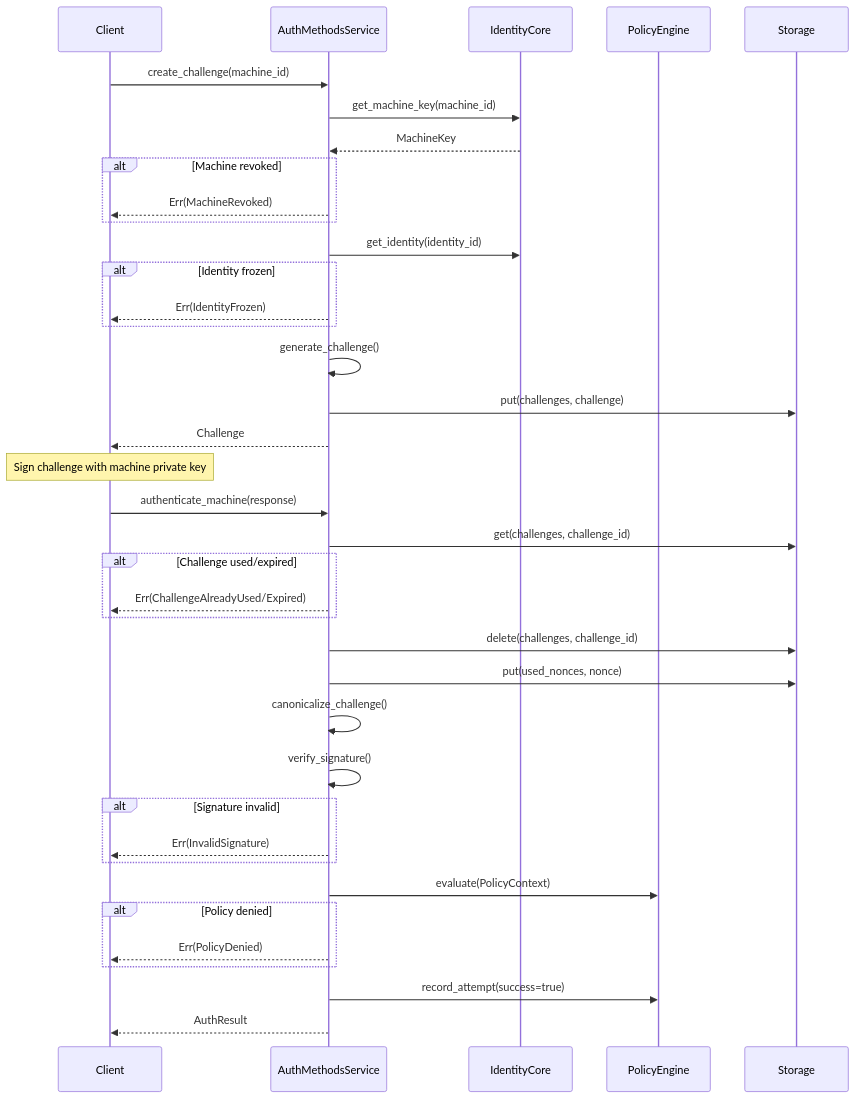
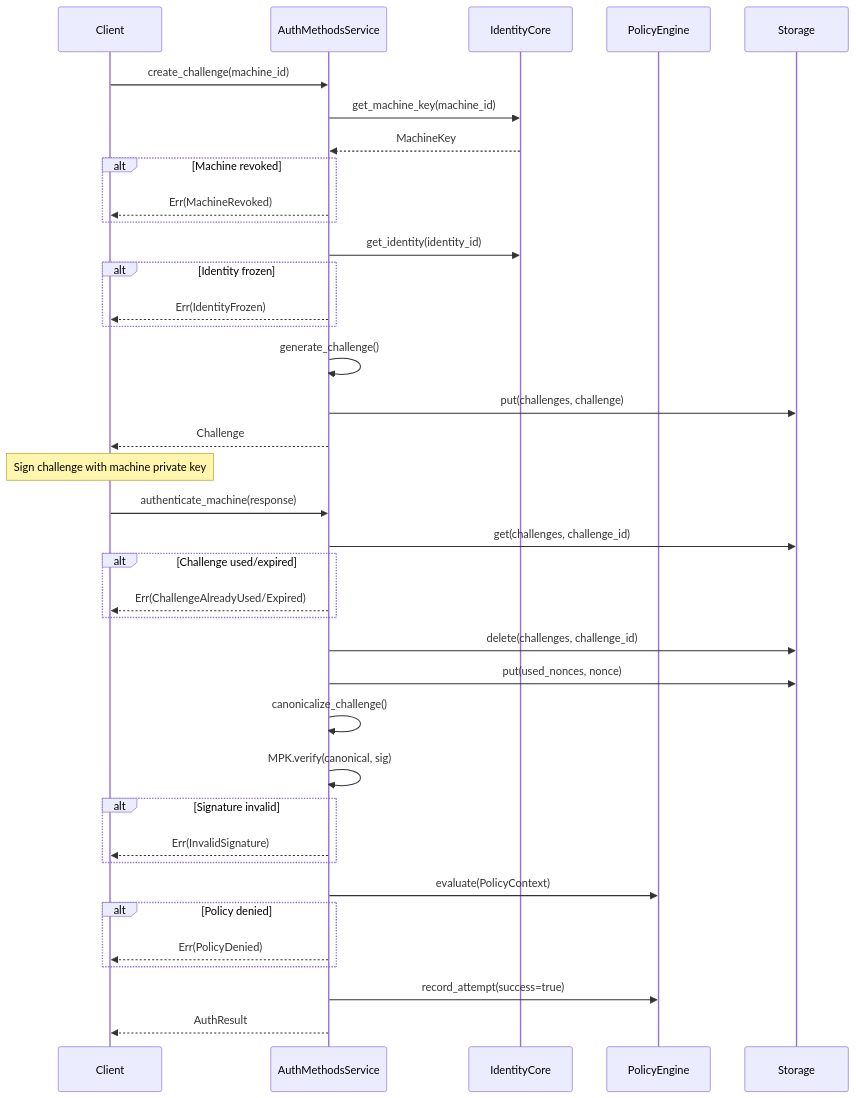
The fifth of 8 diagrams in docs/spec/v0.1.0/07-methods.md (cypher-asi/zero-auth), drawn with Mermaid before and after one commit. The commit also changed 13 other files, not shown here.

````diff
--- a/docs/spec/v0.1.0/07-methods.md
+++ b/docs/spec/v0.1.0/07-methods.md
@@ -504,54 +504,54 @@
 ```mermaid
 sequenceDiagram
     participant Client
     participant Methods as AuthMethodsService
     participant Identity as IdentityCore
     participant Policy as PolicyEngine
     participant Storage
     
     Client->>Methods: create_challenge(machine_id)
     Methods->>Identity: get_machine_key(machine_id)
     Identity-->>Methods: MachineKey
     
     alt Machine revoked
         Methods-->>Client: Err(MachineRevoked)
     end
     
     Methods->>Identity: get_identity(identity_id)
     
     alt Identity frozen
         Methods-->>Client: Err(IdentityFrozen)
     end
     
     Methods->>Methods: generate_challenge()
     Methods->>Storage: put(challenges, challenge)
     Methods-->>Client: Challenge
     
     Note over Client: Sign challenge with machine private key
     
     Client->>Methods: authenticate_machine(response)
     Methods->>Storage: get(challenges, challenge_id)
     
     alt Challenge used/expired
         Methods-->>Client: Err(ChallengeAlreadyUsed/Expired)
     end
     
     Methods->>Storage: delete(challenges, challenge_id)
     Methods->>Storage: put(used_nonces, nonce)
     
     Methods->>Methods: canonicalize_challenge()
-    Methods->>Methods: verify_signature()
+    Methods->>Methods: MPK.verify(canonical, sig)
     
     alt Signature invalid
         Methods-->>Client: Err(InvalidSignature)
     end
     
     Methods->>Policy: evaluate(PolicyContext)
     
     alt Policy denied
         Methods-->>Client: Err(PolicyDenied)
     end
     
     Methods->>Policy: record_attempt(success=true)
     Methods-->>Client: AuthResult
 ```
````
